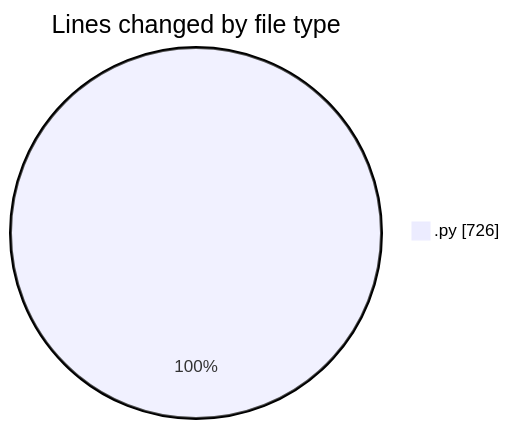
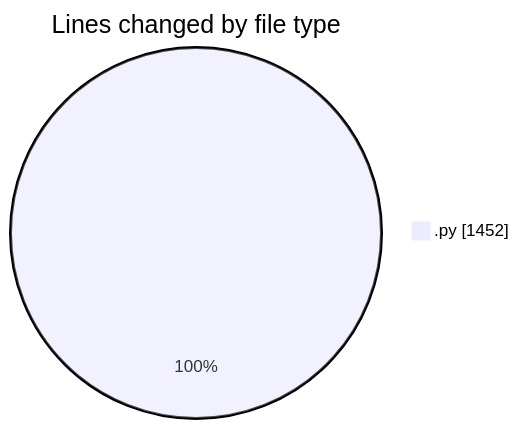
The first of 2 diagrams in 2025-03-25/myws__workspace_/README.md (MatusMokan/code-tracking), drawn with Mermaid before and after one commit. The commit also changed other lines of this file and 1 other file, not shown here.

````diff
--- a/2025-03-25/myws__workspace_/README.md
+++ b/2025-03-25/myws__workspace_/README.md
@@ -20,5 +21,5 @@
 ```mermaid
 pie showData
 title Lines changed by file type
-".py" : 726
+".py" : 1452
 ```
````
